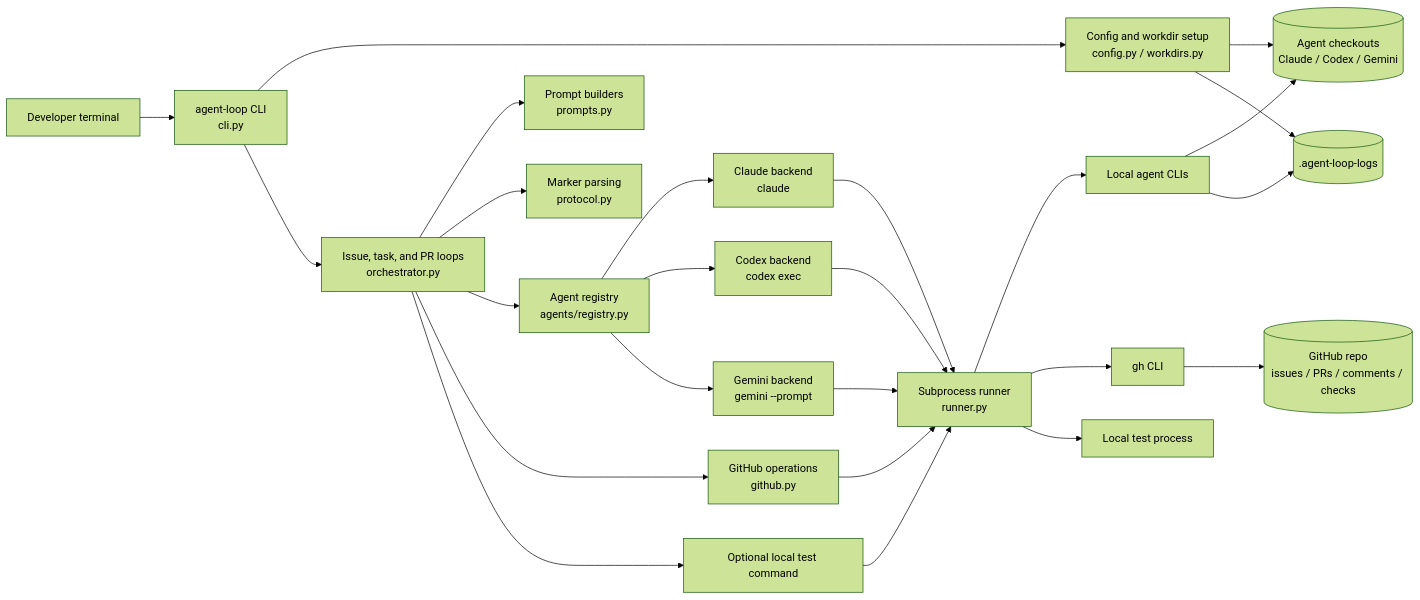
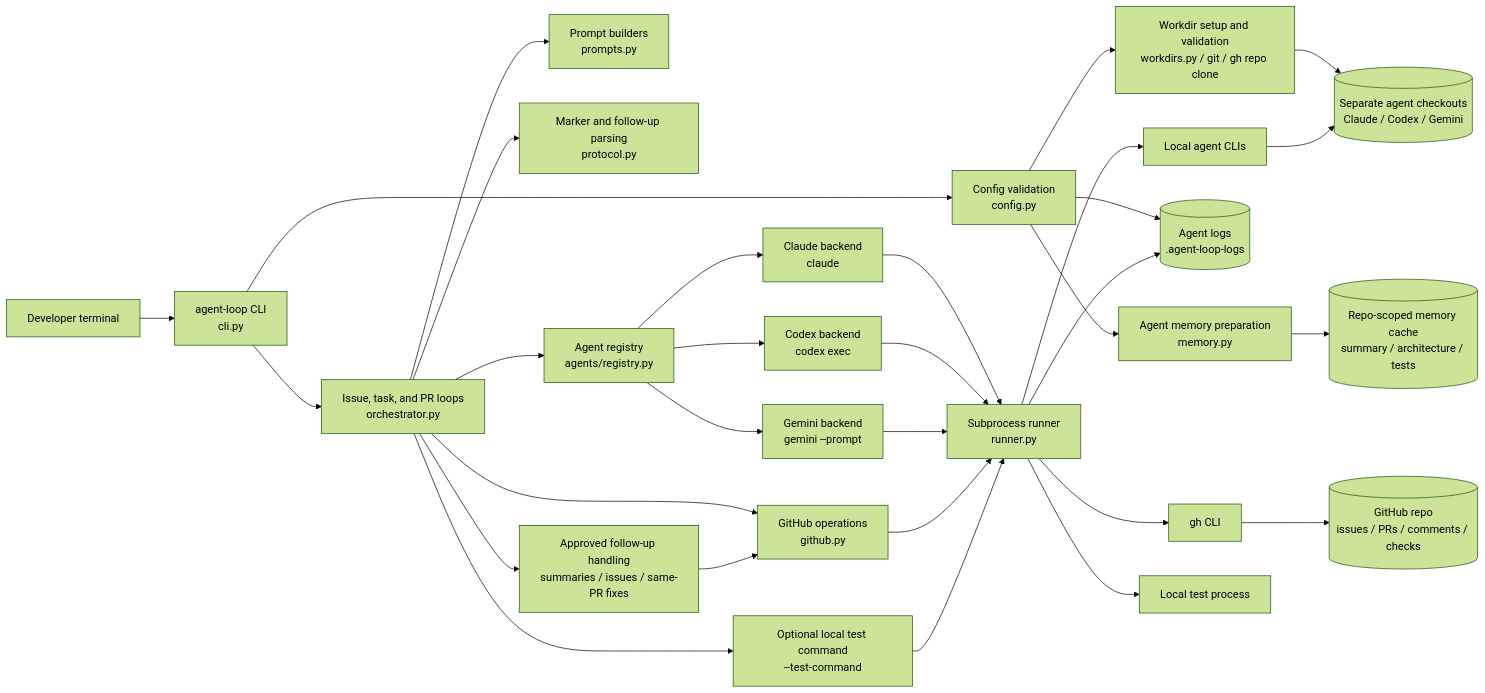
One commit to wwind123/coding-review-agent-loop changed the first of 2 diagrams in docs/local_agent_loop.md. Above: the diagram before and after it, drawn with Mermaid (forest theme). The commit also changed other lines of this file and 3 other files, not shown here.

Commit message:
Refresh architecture docs and memory map

````diff
--- a/docs/local_agent_loop.md
+++ b/docs/local_agent_loop.md
@@ -19,33 +21,39 @@
 ```mermaid
 flowchart LR
     User[Developer terminal] --> CLI[agent-loop CLI<br/>cli.py]
-    CLI --> Config[Config and workdir setup<br/>config.py / workdirs.py]
+    CLI --> Config[Config validation<br/>config.py]
     CLI --> Orchestrator[Issue, task, and PR loops<br/>orchestrator.py]
 
-    Config --> Workdirs[(Agent checkouts<br/>Claude / Codex / Gemini)]
-    Config --> Logs[(.agent-loop-logs)]
+    Config --> Workdirs[Workdir setup and validation<br/>workdirs.py / git / gh repo clone]
+    Config --> Memory[Agent memory preparation<br/>memory.py]
+    Config --> Logs[(Agent logs<br/>.agent-loop-logs)]
+
+    Workdirs --> AgentDirs[(Separate agent checkouts<br/>Claude / Codex / Gemini)]
+    Memory --> MemoryCache[(Repo-scoped memory cache<br/>summary / architecture / tests)]
 
     Orchestrator --> Prompts[Prompt builders<br/>prompts.py]
-    Orchestrator --> Protocol[Marker parsing<br/>protocol.py]
+    Orchestrator --> Protocol[Marker and follow-up parsing<br/>protocol.py]
     Orchestrator --> Registry[Agent registry<br/>agents/registry.py]
     Orchestrator --> GitHubOps[GitHub operations<br/>github.py]
-    Orchestrator --> OptionalTests[Optional local test command]
+    Orchestrator --> OptionalTests[Optional local test command<br/>--test-command]
+    Orchestrator --> Followups[Approved follow-up handling<br/>summaries / issues / same-PR fixes]
 
     Registry --> Claude[Claude backend<br/>claude]
     Registry --> Codex[Codex backend<br/>codex exec]
     Registry --> Gemini[Gemini backend<br/>gemini --prompt]
 
     Claude --> Runner[Subprocess runner<br/>runner.py]
     Codex --> Runner
     Gemini --> Runner
     GitHubOps --> Runner
     OptionalTests --> Runner
 
     Runner --> AgentCLIs[Local agent CLIs]
     Runner --> GhCLI[gh CLI]
     Runner --> TestCmd[Local test process]
+    Runner --> Logs
 
-    AgentCLIs --> Workdirs
-    AgentCLIs --> Logs
+    AgentCLIs --> AgentDirs
     GhCLI --> GitHub[(GitHub repo<br/>issues / PRs / comments / checks)]
+    Followups --> GitHubOps
 ```
````
